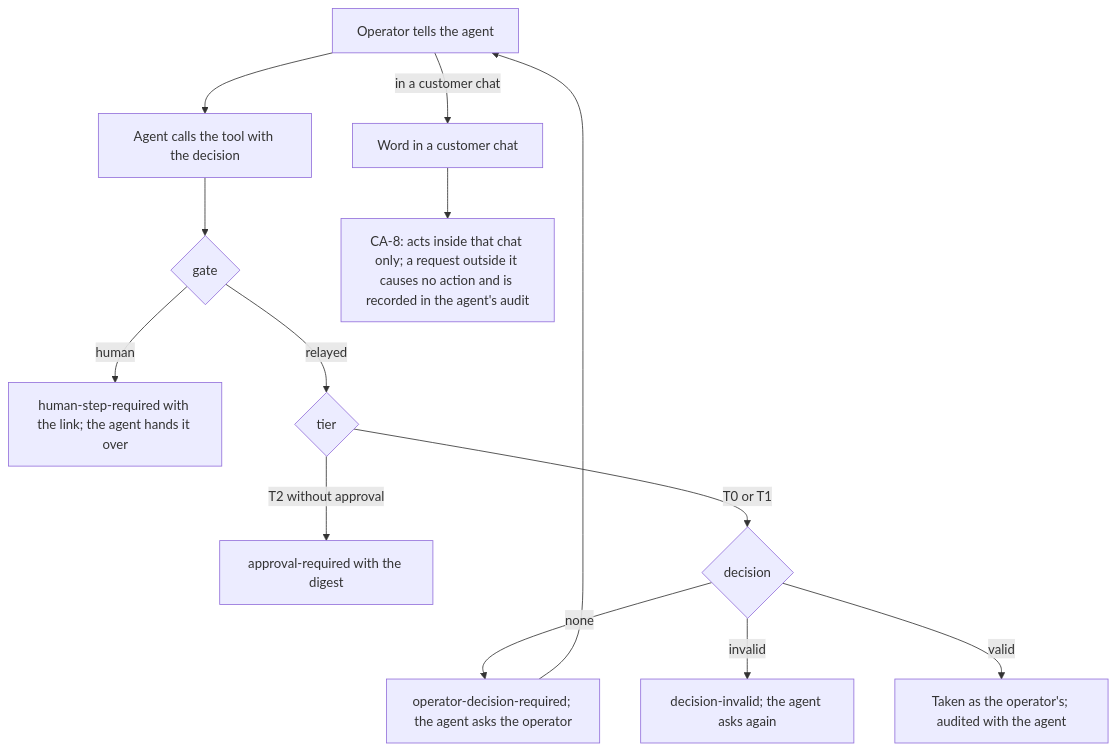
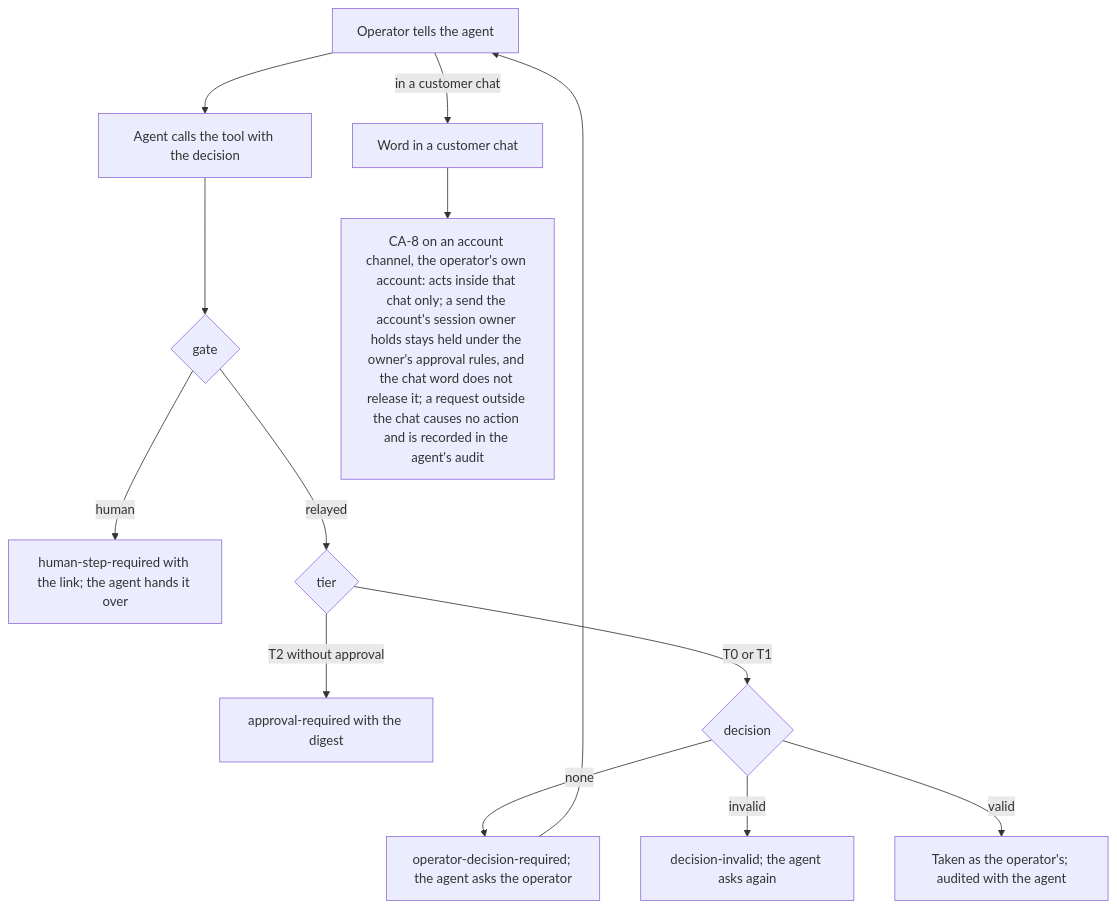
Diagram 29 of 34 in docs/ux/flows.md (passioncode-ai/fabric-agent-contract), drawn with Mermaid before and after one commit. The commit also changed 10 other files, not shown here.

First line of the commit message:
CT-209: round 23, the held send and the shared bot scoped to what binds

````diff
--- a/docs/ux/flows.md
+++ b/docs/ux/flows.md
@@ -745,15 +745,15 @@
 ```mermaid
 flowchart TD
   O[Operator tells the agent] --> C[Agent calls the tool with the decision]
   C --> G{gate}
   G -->|human| H[human-step-required with the link; the agent hands it over]
   G -->|relayed| T{tier}
   T -->|T2 without approval| A[approval-required with the digest]
   T -->|T0 or T1| D{decision}
   D -->|none| Q[operator-decision-required; the agent asks the operator]
   Q --> O
   D -->|invalid| I[decision-invalid; the agent asks again]
   D -->|valid| R[Taken as the operator's; audited with the agent]
   O -->|in a customer chat| W[Word in a customer chat]
-  W --> K[CA-8: acts inside that chat only; a request outside it causes no action and is recorded in the agent's audit]
+  W --> K[CA-8 on an account channel, the operator's own account: acts inside that chat only; a send the account's session owner holds stays held under the owner's approval rules, and the chat word does not release it; a request outside the chat causes no action and is recorded in the agent's audit]
 ```
````
